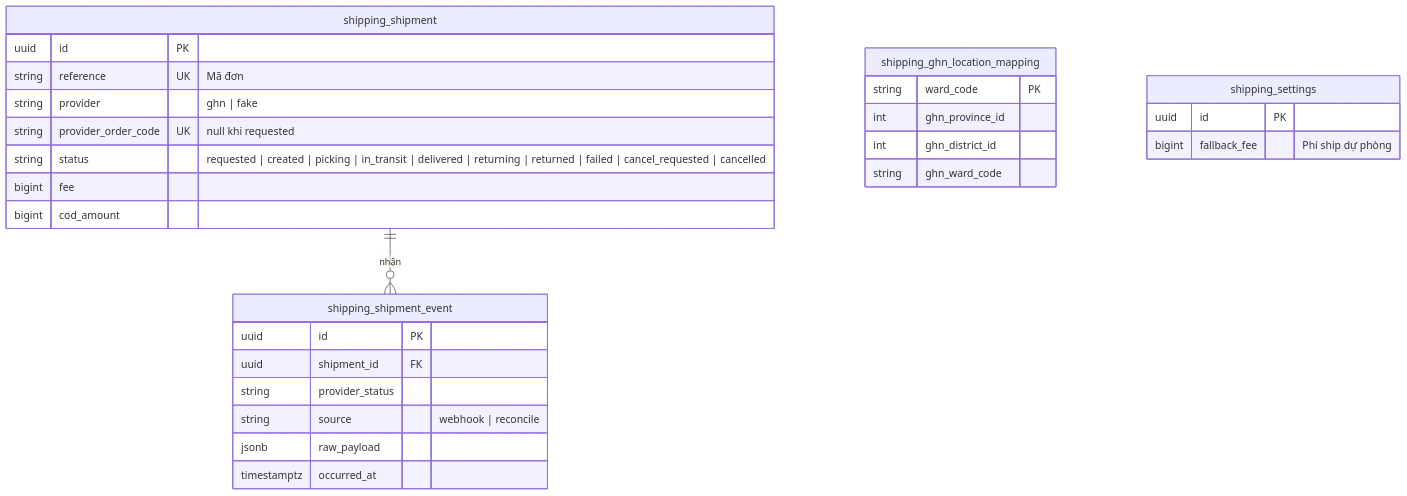
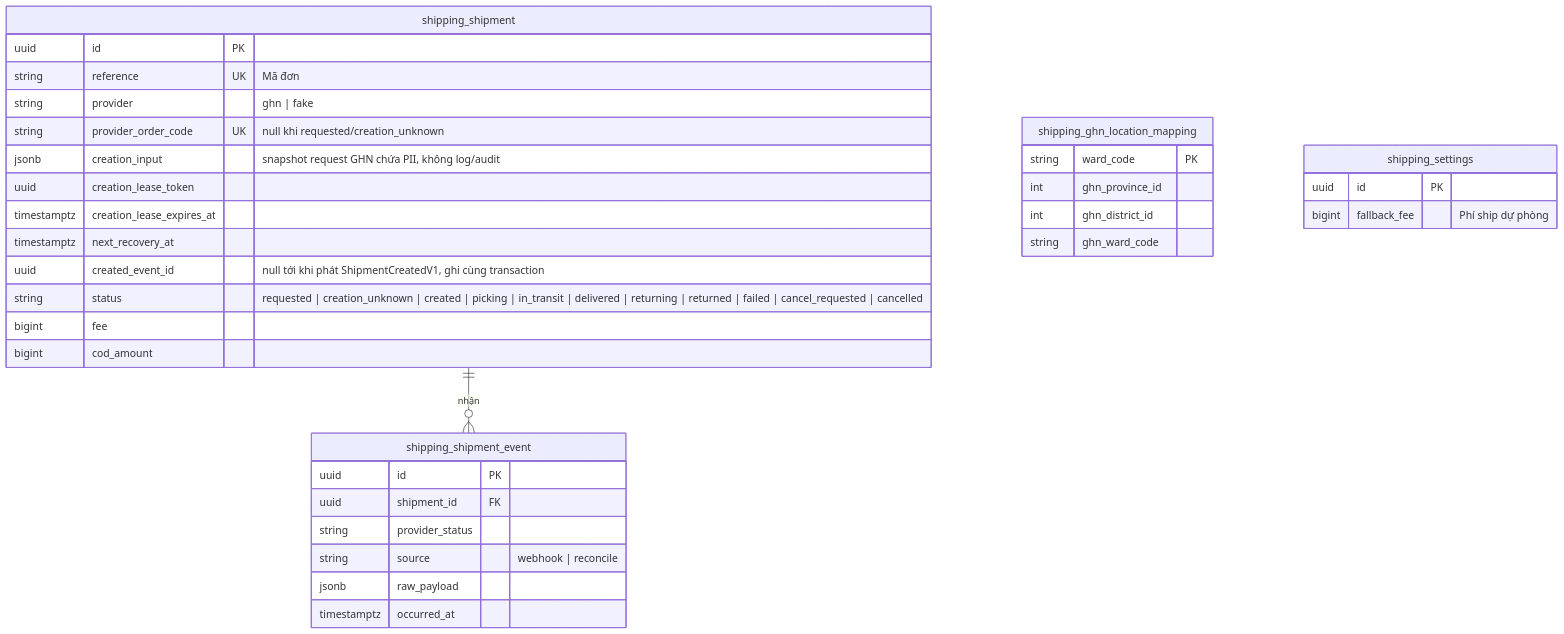
One commit to LuongCongThanh/boilerplate-ecommerce-next-16 changed the seventh of 9 diagrams in docs/architecture/03-data-model.md. Above: the diagram before and after it, drawn with Mermaid. The commit also changed other lines of this file and 24 other files, not shown here.

Commit message:
docs: refine backend architecture and recovery contracts

````diff
--- a/docs/architecture/03-data-model.md
+++ b/docs/architecture/03-data-model.md
@@ -343,31 +391,36 @@
 ```mermaid
 erDiagram
     shipping_shipment ||--o{ shipping_shipment_event : "nhận"
     shipping_shipment {
         uuid id PK
         string reference UK "Mã đơn"
         string provider "ghn | fake"
-        string provider_order_code UK "null khi requested"
-        string status "requested | created | picking | in_transit | delivered | returning | returned | failed | cancel_requested | cancelled"
+        string provider_order_code UK "null khi requested/creation_unknown"
+        jsonb creation_input "snapshot request GHN chứa PII, không log/audit"
+        uuid creation_lease_token
+        timestamptz creation_lease_expires_at
+        timestamptz next_recovery_at
+        uuid created_event_id "null tới khi phát ShipmentCreatedV1, ghi cùng transaction"
+        string status "requested | creation_unknown | created | picking | in_transit | delivered | returning | returned | failed | cancel_requested | cancelled"
         bigint fee
         bigint cod_amount
     }
     shipping_shipment_event {
         uuid id PK
         uuid shipment_id FK
         string provider_status
         string source "webhook | reconcile"
         jsonb raw_payload
         timestamptz occurred_at
     }
     shipping_ghn_location_mapping {
         string ward_code PK
         int ghn_province_id
         int ghn_district_id
         string ghn_ward_code
     }
     shipping_settings {
         uuid id PK
         bigint fallback_fee "Phí ship dự phòng"
     }
 ```
````
